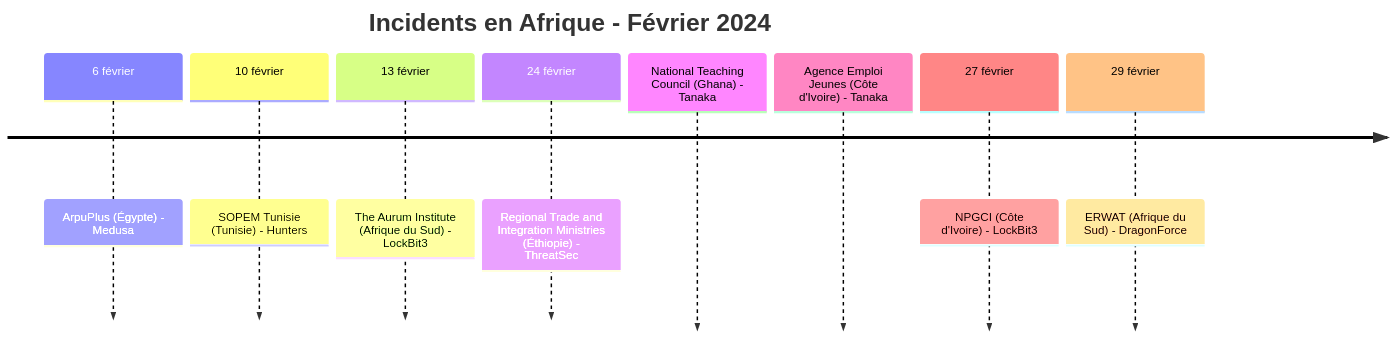
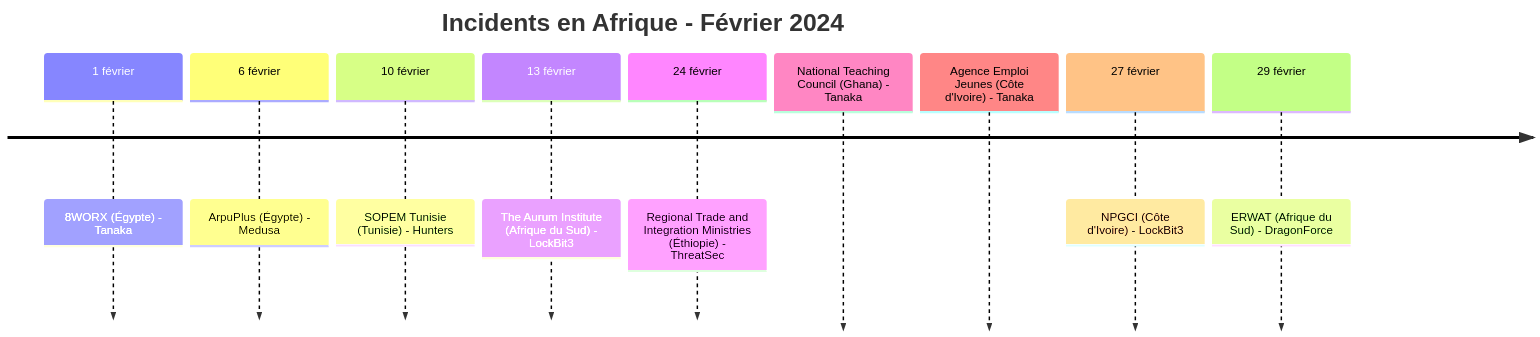
One commit to Hatchepsoute/AFRINTEL changed the first of 5 diagrams in CyberAttackAfrica/2024/02-february/README_FR.md. Above: the diagram before and after it, drawn with Mermaid. The commit also changed other lines of this file and 17 other files, not shown here.

````diff
--- a/CyberAttackAfrica/2024/02-february/README_FR.md
+++ b/CyberAttackAfrica/2024/02-february/README_FR.md
@@ -39,12 +40,13 @@
 ```mermaid
 timeline
     title Incidents en Afrique - Février 2024
+    1 février : 8WORX (Égypte) - Tanaka
     6 février : ArpuPlus (Égypte) - Medusa
     10 février : SOPEM Tunisie (Tunisie) - Hunters
     13 février : The Aurum Institute (Afrique du Sud) - LockBit3
     24 février : Regional Trade and Integration Ministries (Éthiopie) - ThreatSec
                  National Teaching Council (Ghana) - Tanaka
                  Agence Emploi Jeunes (Côte d'Ivoire) - Tanaka
     27 février : NPGCI (Côte d'Ivoire) - LockBit3
     29 février : ERWAT (Afrique du Sud) - DragonForce
 ```
````
